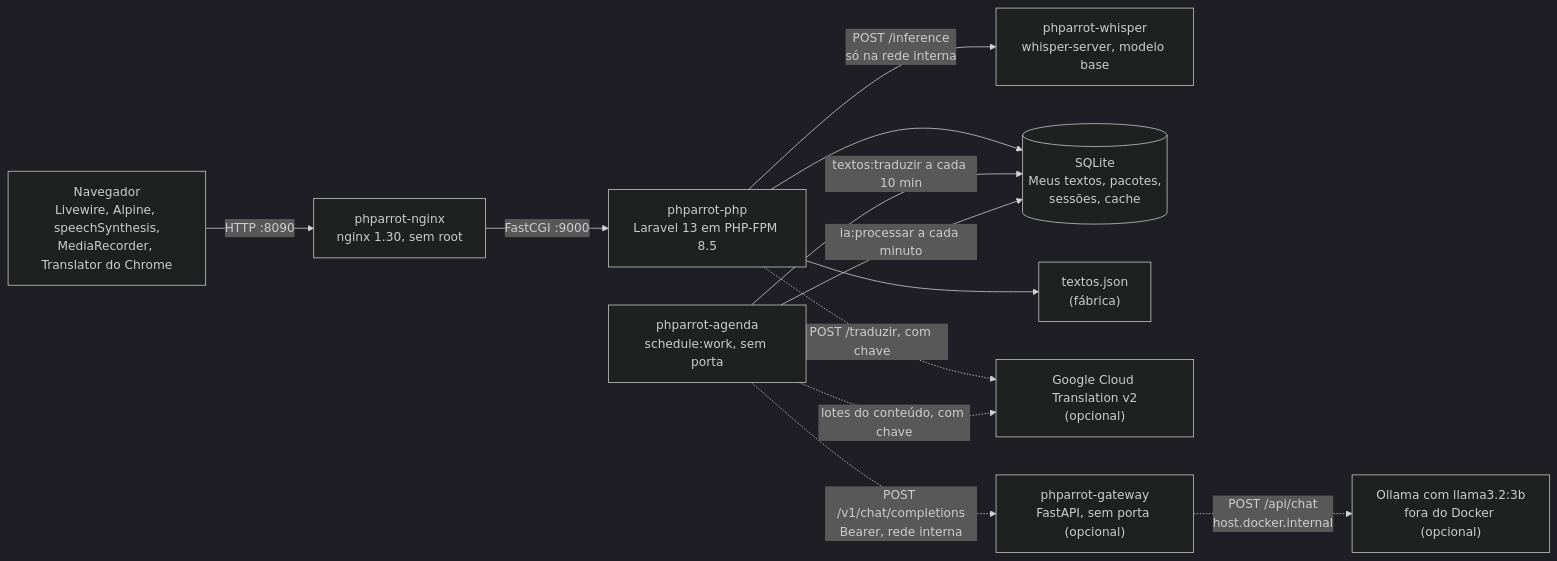
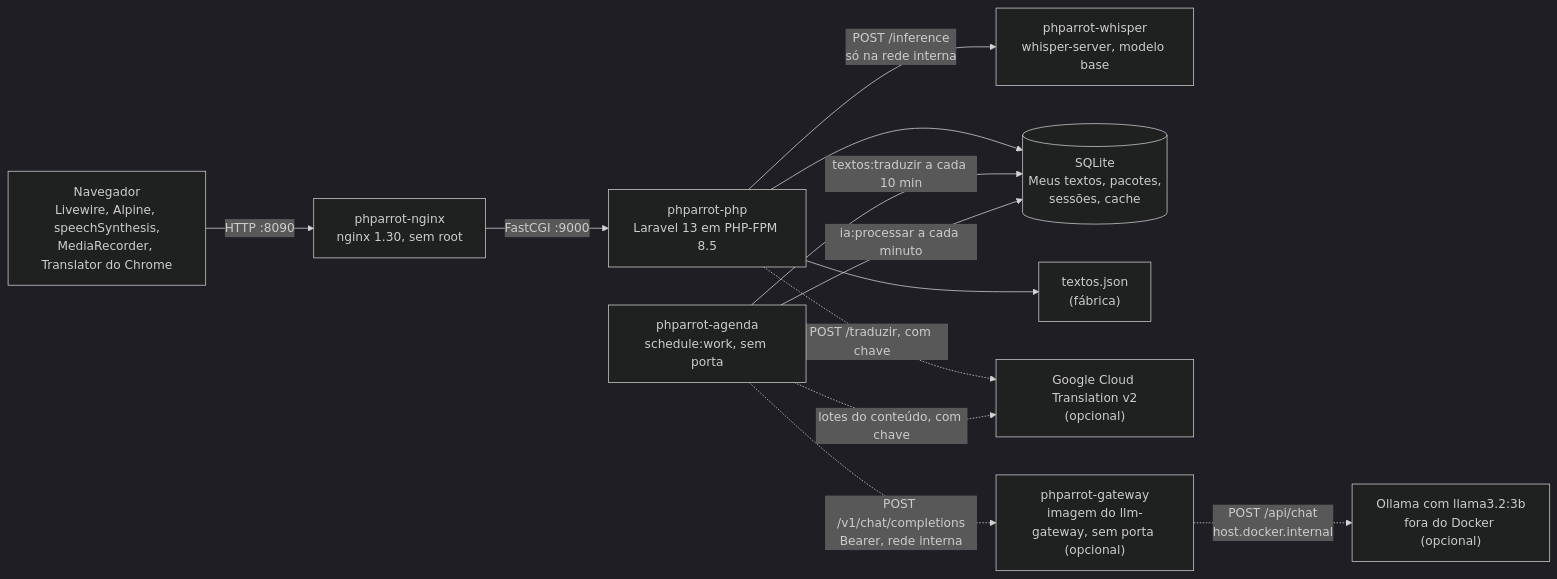
One commit to caiobarilli/PHParrot changed the diagram in docs/arquitetura.md. Above: the diagram before and after it, drawn with Mermaid (dark theme). The commit also changed other lines of this file and 45 other files, not shown here.

First line of the commit message:
Feat/gateway por imagem (#17)

````diff
--- a/docs/arquitetura.md
+++ b/docs/arquitetura.md
@@ -5,25 +5,25 @@
 ```mermaid
 flowchart LR
     nav["Navegador<br/>Livewire, Alpine, speechSynthesis,<br/>MediaRecorder, Translator do Chrome"]
     nginx["phparrot-nginx<br/>nginx 1.30, sem root"]
     php["phparrot-php<br/>Laravel 13 em PHP-FPM 8.5"]
     whisper["phparrot-whisper<br/>whisper-server, modelo base"]
     agenda["phparrot-agenda<br/>schedule:work, sem porta"]
     db[("SQLite<br/>Meus textos, pacotes,<br/>sessões, cache")]
     json["textos.json<br/>(fábrica)"]
     google["Google Cloud Translation v2<br/>(opcional)"]
-    gateway["phparrot-gateway<br/>FastAPI, sem porta (opcional)"]
+    gateway["phparrot-gateway<br/>imagem do llm-gateway, sem porta (opcional)"]
     ollama["Ollama com llama3.2:3b<br/>fora do Docker (opcional)"]
 
     nav -- "HTTP :8090" --> nginx
     nginx -- "FastCGI :9000" --> php
     php -- "POST /inference<br/>só na rede interna" --> whisper
     php --> db
     php --> json
     php -. "POST /traduzir, com chave" .-> google
     agenda -- "textos:traduzir a cada 10 min" --> db
     agenda -. "lotes do conteúdo, com chave" .-> google
     agenda -- "ia:processar a cada minuto" --> db
     agenda -. "POST /v1/chat/completions<br/>Bearer, rede interna" .-> gateway
     gateway -. "POST /api/chat<br/>host.docker.internal" .-> ollama
 ```
````
